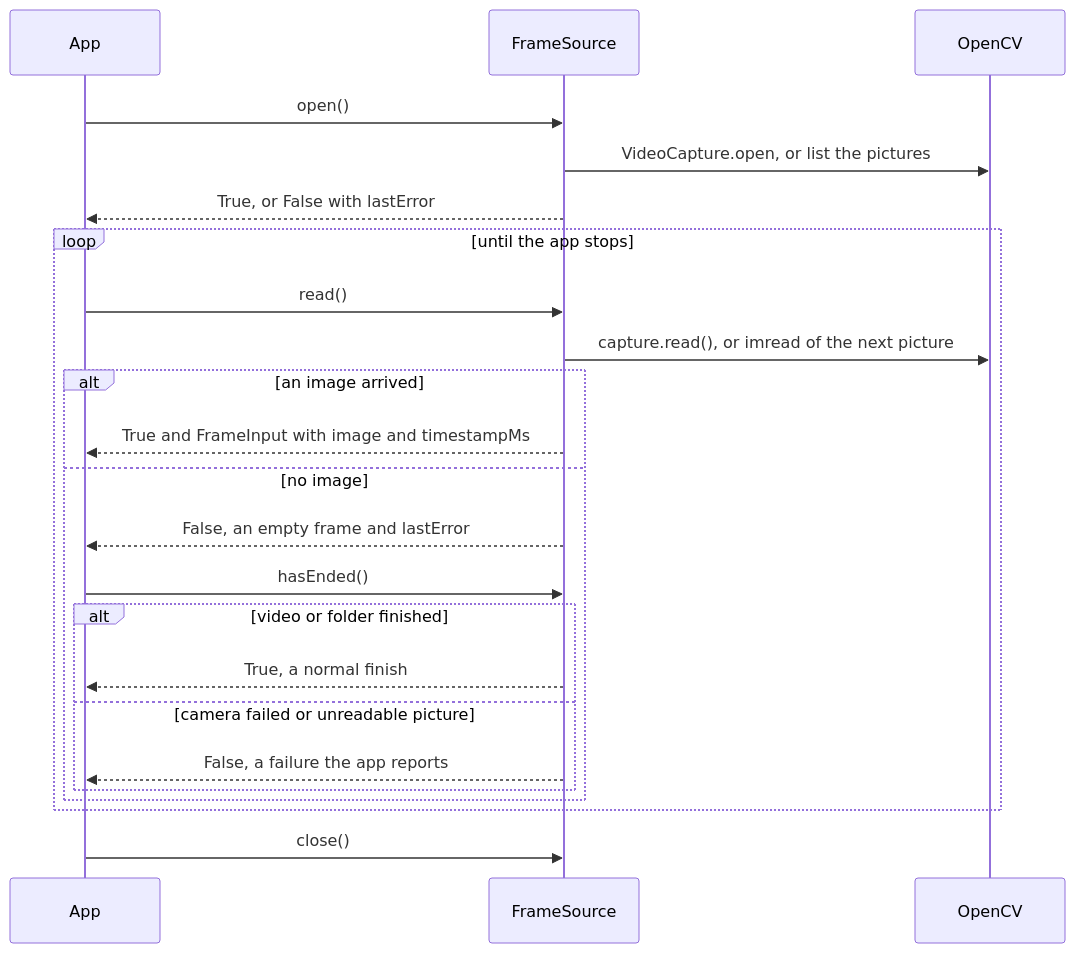
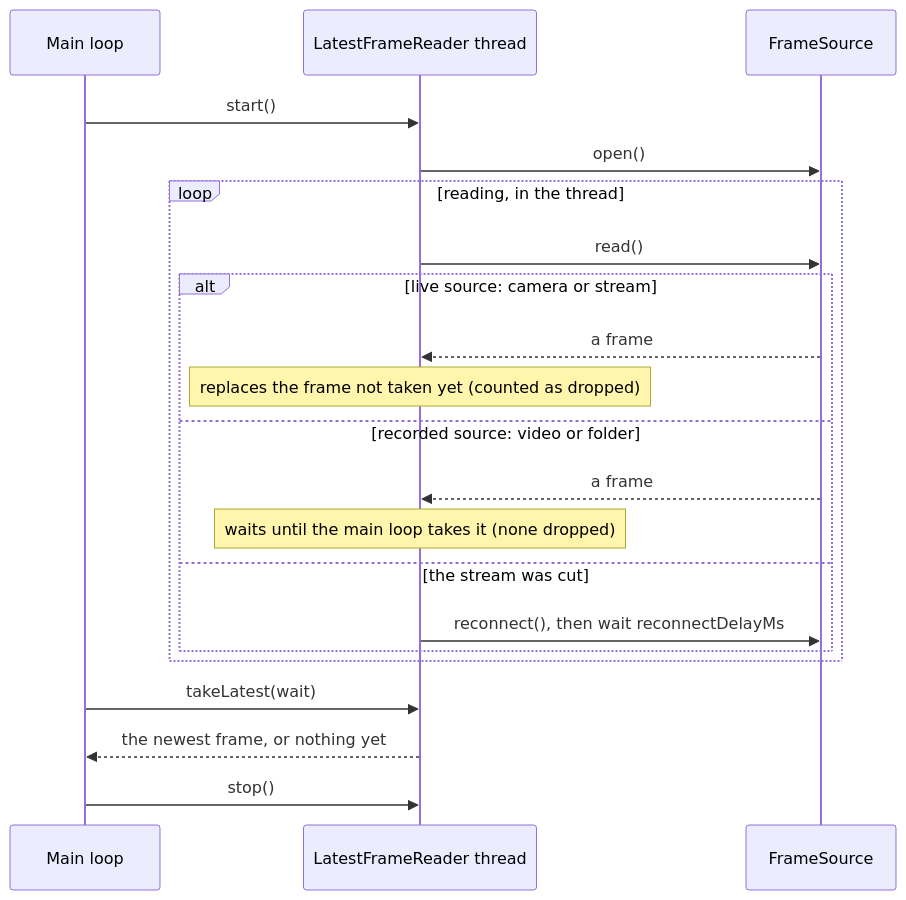
One commit to Basbat-net/BotQueValeUnEuro changed the fifth of 6 diagrams in docs/vision/howVisionWorks.md. Above: the diagram before and after it, drawn with Mermaid. The commit also changed other lines of this file, not shown here.

First line of the commit message:
Vision docs: overview, imports, contract, reading images

````diff
--- a/docs/vision/howVisionWorks.md
+++ b/docs/vision/howVisionWorks.md
@@ -142,25 +158,23 @@
 ```mermaid
 sequenceDiagram
-    participant app as App
+    participant main as Main loop
+    participant reader as LatestFrameReader thread
     participant source as FrameSource
-    participant opencv as OpenCV
-    app->>source: open()
-    source->>opencv: VideoCapture.open, or list the pictures
-    source-->>app: True, or False with lastError
-    loop until the app stops
-        app->>source: read()
-        source->>opencv: capture.read(), or imread of the next picture
-        alt an image arrived
-            source-->>app: True and FrameInput with image and timestampMs
-        else no image
-            source-->>app: False, an empty frame and lastError
-            app->>source: hasEnded()
-            alt video or folder finished
-                source-->>app: True, a normal finish
-            else camera failed or unreadable picture
-                source-->>app: False, a failure the app reports
-            end
+    main->>reader: start()
+    reader->>source: open()
+    loop reading, in the thread
+        reader->>source: read()
+        alt live source: camera or stream
+            source-->>reader: a frame
+            Note over reader: replaces the frame not taken yet (counted as dropped)
+        else recorded source: video or folder
+            source-->>reader: a frame
+            Note over reader: waits until the main loop takes it (none dropped)
+        else the stream was cut
+            reader->>source: reconnect(), then wait reconnectDelayMs
         end
     end
-    app->>source: close()
+    main->>reader: takeLatest(wait)
+    reader-->>main: the newest frame, or nothing yet
+    main->>reader: stop()
 ```
````
